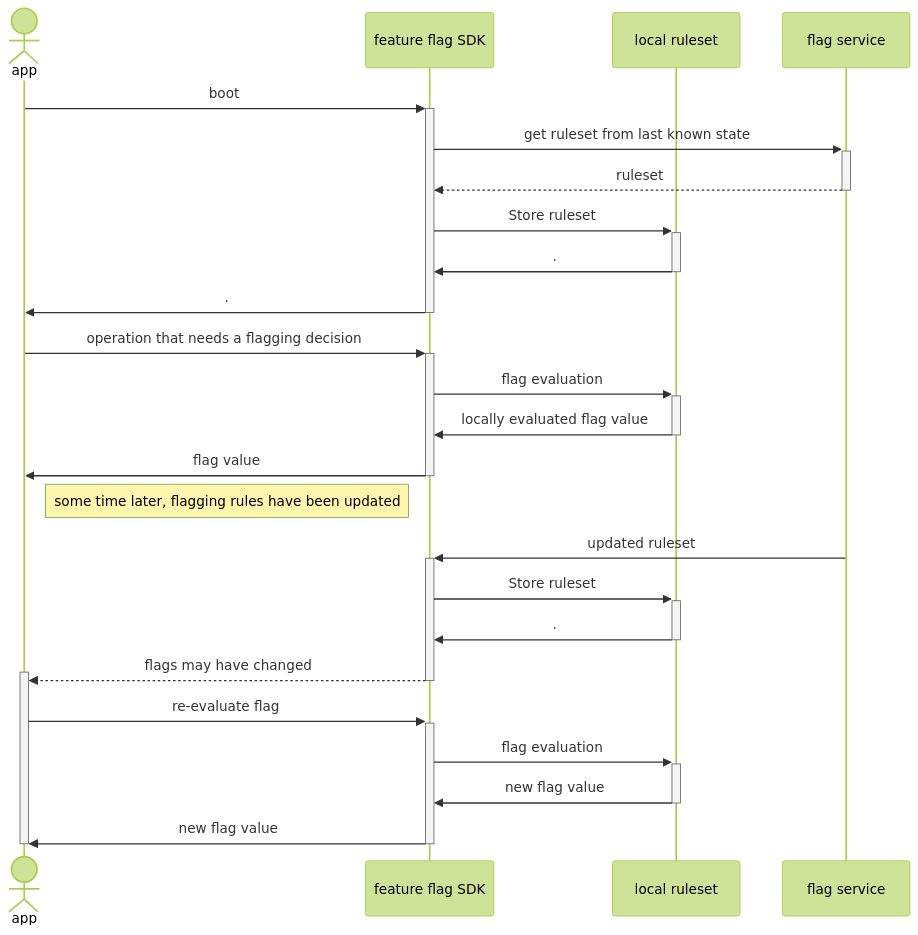
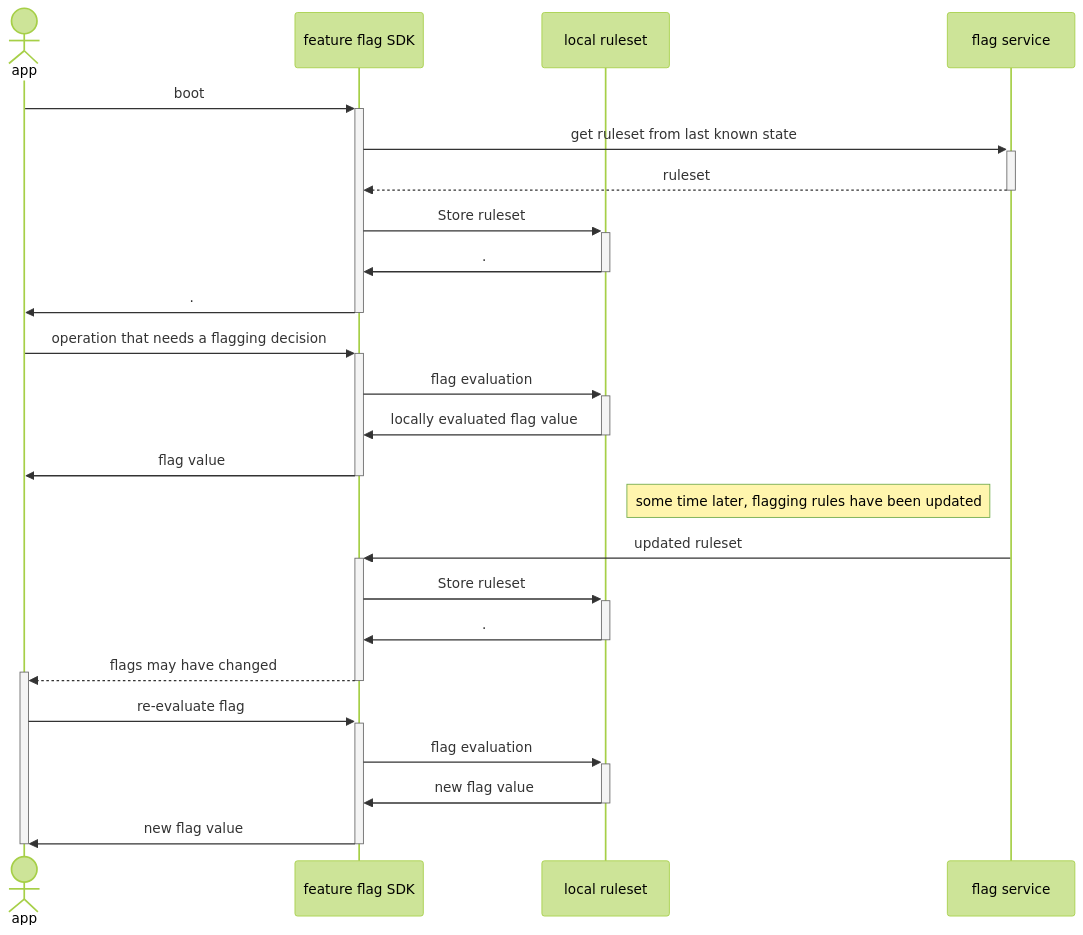
One commit to open-feature/docs.openfeature.dev changed the second of 3 diagrams in blog/06-02-2023-catering-to-the-client-side.md. Above: the diagram before and after it, drawn with Mermaid (forest theme).

Commit message:
mermaid tweak

````diff
--- a/blog/06-02-2023-catering-to-the-client-side.md
+++ b/blog/06-02-2023-catering-to-the-client-side.md
@@ -68,28 +68,28 @@
 ```mermaid
 sequenceDiagram
   actor app
   participant sdk as feature flag SDK
   participant cache as local ruleset
   participant provider as flag service
   app->>+sdk: boot
   sdk->>+provider: get ruleset from last known state
   provider-->>-sdk: ruleset
   sdk->>+cache: Store ruleset
   cache->>-sdk: .
   sdk->>-app: .
   app->>+sdk: operation that needs a flagging decision
   sdk->>+cache: flag evaluation
   cache->>-sdk: locally evaluated flag value
   sdk->>-app: flag value 
-  note right of app: some time later, flagging rules have been updated
+  note left of provider: some time later, flagging rules have been updated
   provider->>+sdk: updated ruleset
   sdk->>+cache: Store ruleset
   cache->>-sdk: .
   sdk-->>+app: flags may have changed
   deactivate sdk
   app->>+sdk: re-evaluate flag
   sdk->>+cache: flag evaluation
   cache->>-sdk: new flag value
   sdk->>-app: new flag value 
   deactivate app
 ```
````
